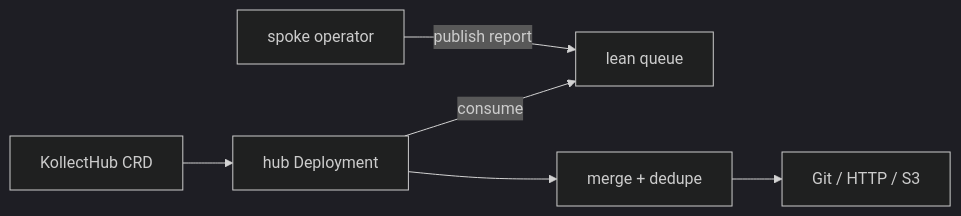
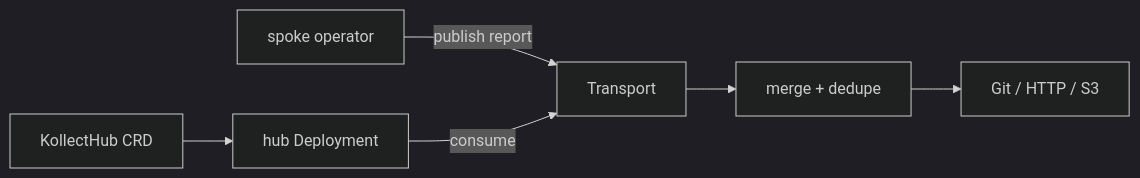
One commit to konih/kollect changed the second of 2 diagrams in docs/adr/0023-lean-queue-transport.md. Above: the diagram before and after it, drawn with Mermaid (dark theme). The commit also changed other lines of this file and 6 other files, not shown here.

````diff
--- a/docs/adr/0023-lean-queue-transport.md
+++ b/docs/adr/0023-lean-queue-transport.md
@@ -71,8 +135,8 @@
 ```mermaid
 flowchart LR
-  Spoke[spoke operator] -->|publish report| Q[lean queue]
+  Spoke[spoke operator] -->|publish report| Q[Transport]
   HubCRD[KollectHub CRD] --> Dep[hub Deployment]
   Dep -->|consume| Q
-  Dep --> Merge[merge + dedupe]
+  Q --> Merge[merge + dedupe]
   Merge --> Export[Git / HTTP / S3]
 ```
````
